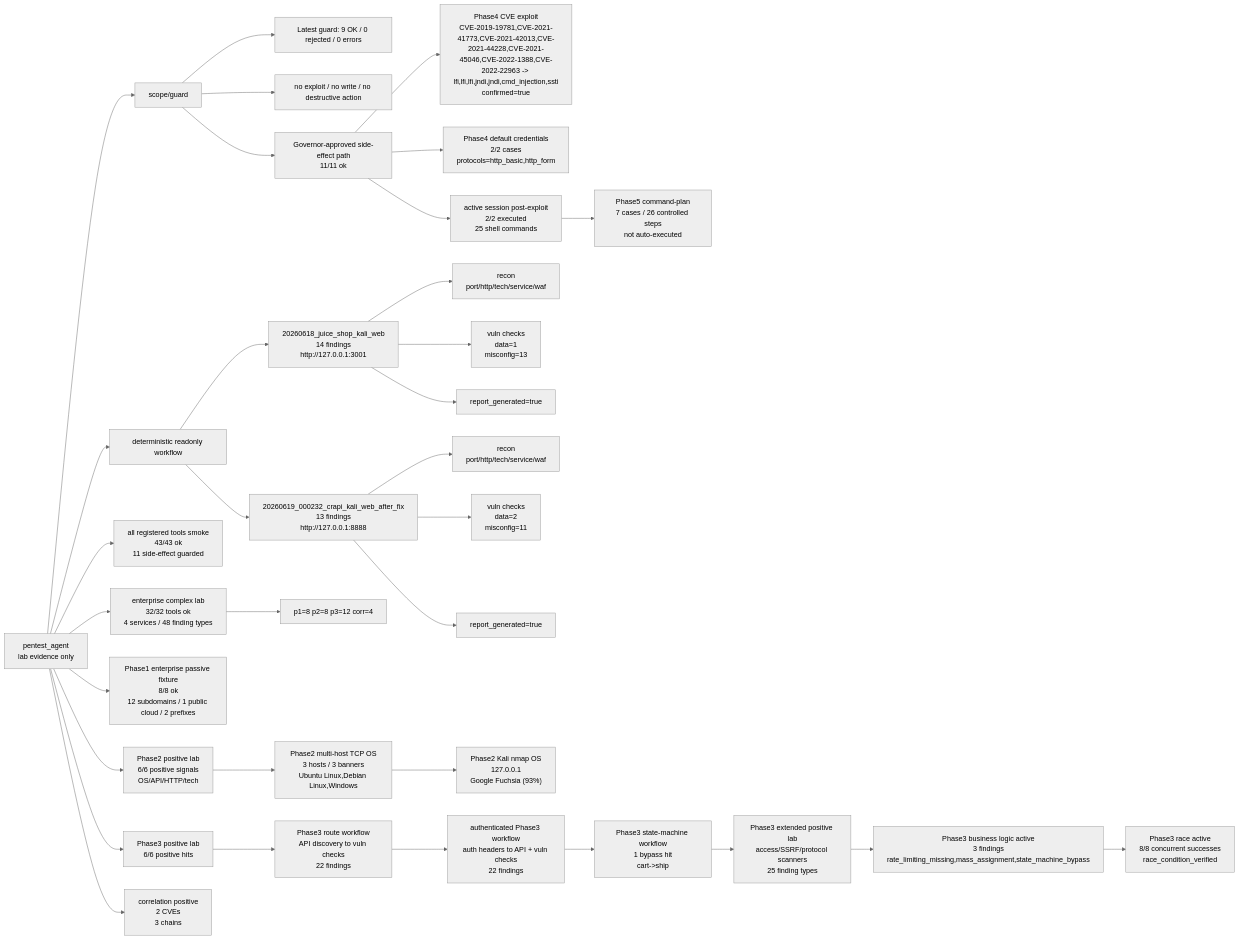
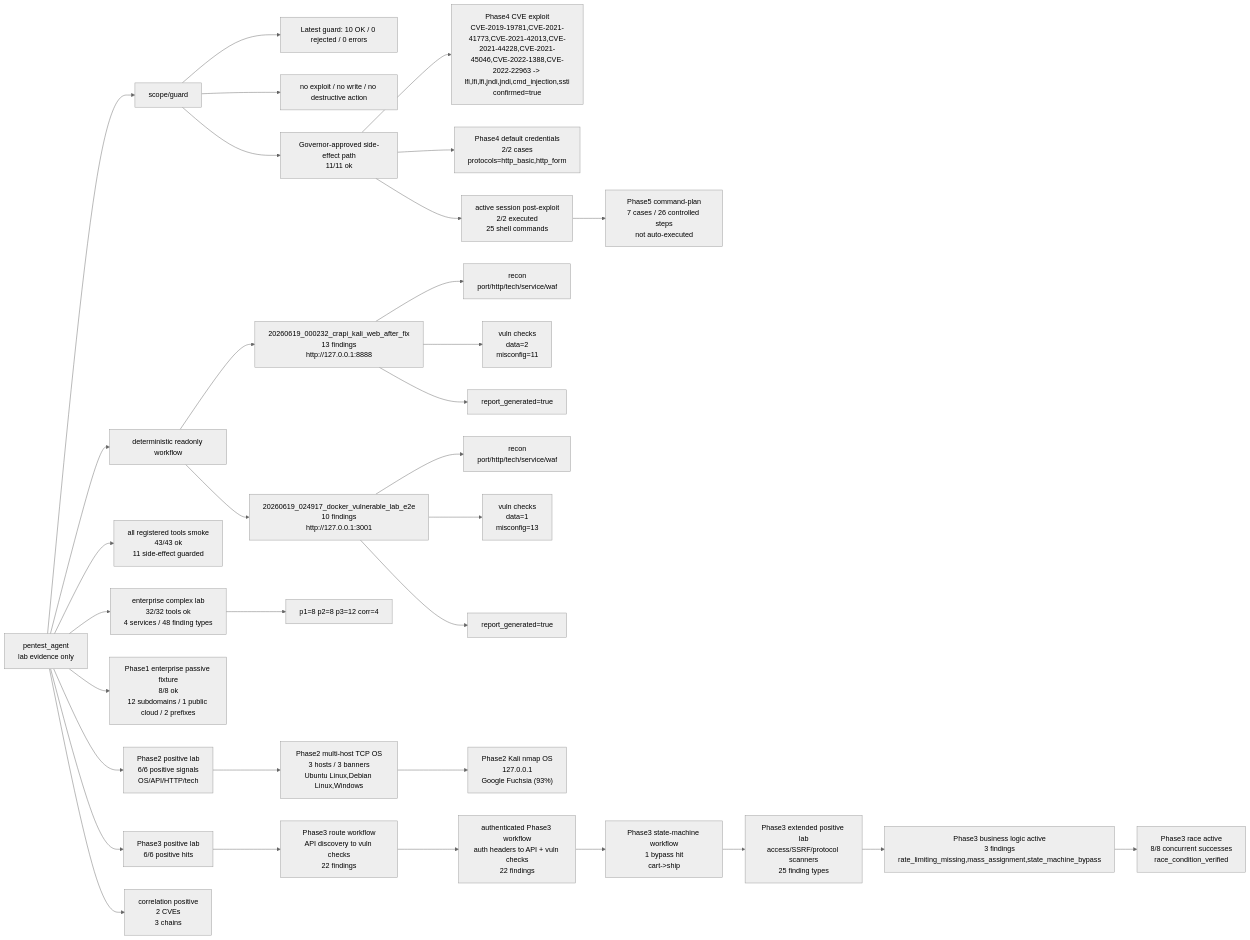
The diagram in docs/45_testing/pentest_agent_capability_map.md (SakuraYoruno/Natsume_Ai), drawn with Mermaid (neutral theme) before and after one commit. The commit also changed other lines of this file and 5 other files, not shown here.

Commit message:
feat: add docker vulnerable lab e2e validation

````diff
--- a/docs/45_testing/pentest_agent_capability_map.md
+++ b/docs/45_testing/pentest_agent_capability_map.md
@@ -149,35 +150,35 @@
 ```mermaid
 flowchart LR
   A["pentest_agent\nlab evidence only"] --> G["scope/guard"]
   A --> W["deterministic readonly workflow"]
-  G --> G1["Latest guard: 9 OK / 0 rejected / 0 errors"]
+  G --> G1["Latest guard: 10 OK / 0 rejected / 0 errors"]
   G --> G2["no exploit / no write / no destructive action"]
-  W --> L1["20260618_juice_shop_kali_web\n14 findings\nhttp://127.0.0.1:3001"]
+  W --> L1["20260619_000232_crapi_kali_web_after_fix\n13 findings\nhttp://127.0.0.1:8888"]
   L1 --> L1R["recon\nport/http/tech/service/waf"]
-  L1 --> L1V["vuln checks\ndata=1\nmisconfig=13"]
+  L1 --> L1V["vuln checks\ndata=2\nmisconfig=11"]
   L1 --> L1P["report_generated=true"]
-  W --> L2["20260619_000232_crapi_kali_web_after_fix\n13 findings\nhttp://127.0.0.1:8888"]
+  W --> L2["20260619_024917_docker_vulnerable_lab_e2e\n10 findings\nhttp://127.0.0.1:3001"]
   L2 --> L2R["recon\nport/http/tech/service/waf"]
-  L2 --> L2V["vuln checks\ndata=2\nmisconfig=11"]
+  L2 --> L2V["vuln checks\ndata=1\nmisconfig=13"]
   L2 --> L2P["report_generated=true"]
   A --> S["all registered tools smoke\n43/43 ok\n11 side-effect guarded"]
   A --> EC["enterprise complex lab\n32/32 tools ok\n4 services / 48 finding types"]
   EC --> ECP["p1=8 p2=8 p3=12 corr=4"]
   A --> P1["Phase1 enterprise passive fixture\n8/8 ok\n12 subdomains / 1 public cloud / 2 prefixes"]
   A --> P2["Phase2 positive lab\n6/6 positive signals\nOS/API/HTTP/tech"]
   P2 --> P2M["Phase2 multi-host TCP OS\n3 hosts / 3 banners\nUbuntu Linux,Debian Linux,Windows"]
   P2M --> P2K["Phase2 Kali nmap OS\n127.0.0.1\nGoogle Fuchsia (93%)"]
   A --> P["Phase3 positive lab\n6/6 positive hits"]
   P --> R3["Phase3 route workflow\nAPI discovery to vuln checks\n22 findings"]
   R3 --> AR3["authenticated Phase3 workflow\nauth headers to API + vuln checks\n22 findings"]
   AR3 --> SM3["Phase3 state-machine workflow\n1 bypass hit\ncart->ship"]
   SM3 --> XP3["Phase3 extended positive lab\naccess/SSRF/protocol scanners\n25 finding types"]
   XP3 --> BL3["Phase3 business logic active\n3 findings\nrate_limiting_missing,mass_assignment,state_machine_bypass"]
   BL3 --> RC3["Phase3 race active\n8/8 concurrent successes\nrace_condition_verified"]
   G --> E["Governor-approved side-effect path\n11/11 ok"]
   E --> CVE4["Phase4 CVE exploit\nCVE-2019-19781,CVE-2021-41773,CVE-2021-42013,CVE-2021-44228,CVE-2021-45046,CVE-2022-1388,CVE-2022-22963 -> lfi,lfi,lfi,jndi,jndi,cmd_injection,ssti\nconfirmed=true"]
   E --> DC4["Phase4 default credentials\n2/2 cases\nprotocols=http_basic,http_form"]
   A --> C["correlation positive\n2 CVEs\n3 chains"]
   E --> AS["active session post-exploit\n2/2 executed\n25 shell commands"]
   AS --> CP5["Phase5 command-plan\n7 cases / 26 controlled steps\nnot auto-executed"]
 ```
````
